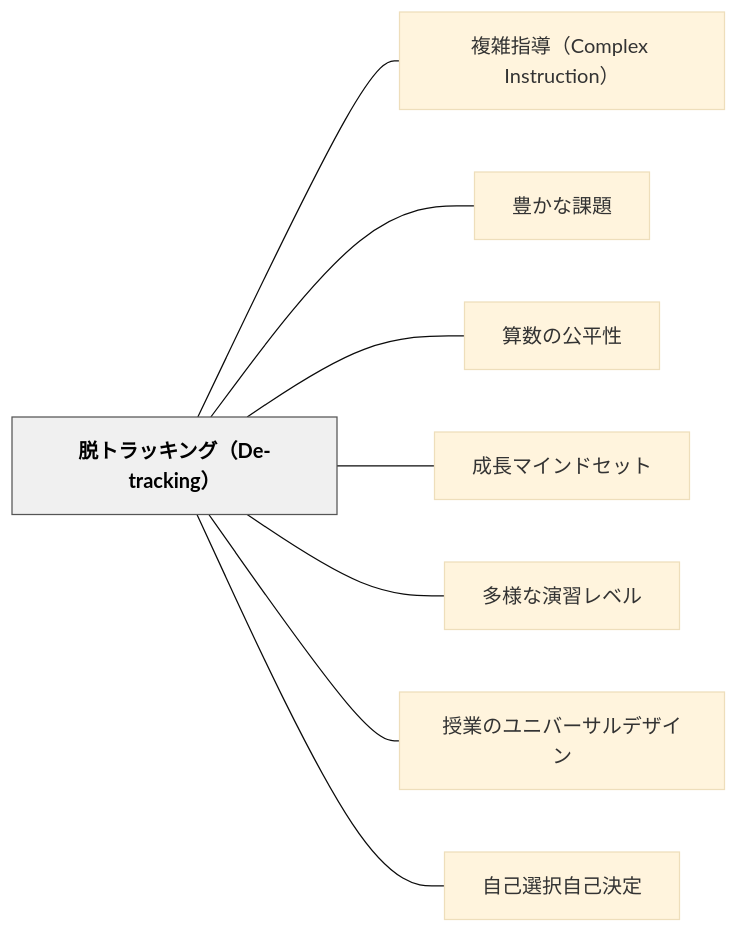
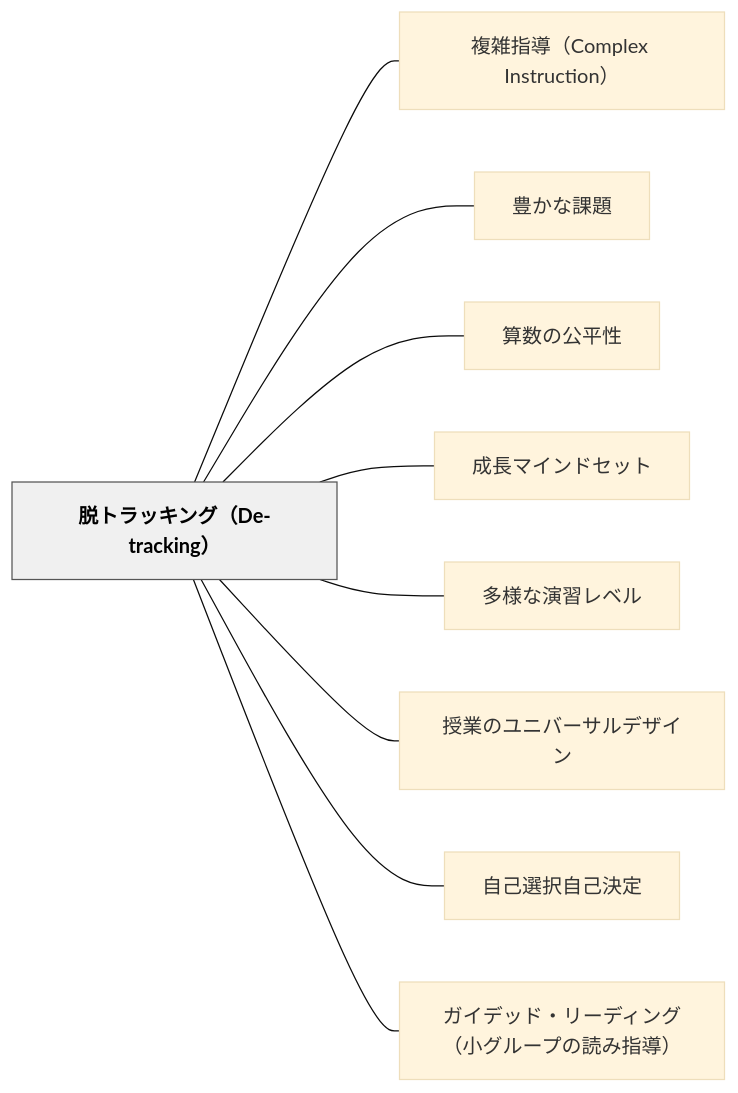
Before and after one commit to unknownthings-ed-patterns/unknownthings-ed-patterns: the diagram in content/パタン/脱トラッキング（De-tracking）.md, drawn with Mermaid (base theme). The commit also changed other lines of this file and 1 other file, not shown here.

Commit message:
auto: Obsidianから同期 2026-06-13 03:02

````diff
--- a/content/パタン/脱トラッキング（De-tracking）.md
+++ b/content/パタン/脱トラッキング（De-tracking）.md
@@ -110,22 +111,24 @@
 ```mermaid
 flowchart LR
     ne884b1e38388e383a9e38383e382ade383b3e382b0efbc8844652d747261636b696e67efbc89["脱トラッキング（De-tracking）"]
     ne8a487e99b91e68c87e5b08eefbc88436f6d706c657820496e737472756374696f6eefbc89["複雑指導（Complex Instruction）"]
     ne8b18ae3818be381aae8aab2e9a18c["豊かな課題"]
     ne7ae97e695b0e381aee585ace5b9b3e680a7["算数の公平性"]
     ne68890e995b7e3839ee382a4e383b3e38389e382bbe38383e38388["成長マインドセット"]
     ne5a49ae6a798e381aae6bc94e7bf92e383ace38399e383ab["多様な演習レベル"]
     ne68e88e6a5ade381aee383a6e3838be38390e383bce382b5e383abe38387e382b6e382a4e383b3["授業のユニバーサルデザイン"]
     ne887aae5b7b1e981b8e68a9ee887aae5b7b1e6b1bae5ae9a["自己選択自己決定"]
+    ne382ace382a4e38387e38383e38389e383bbe383aae383bce38387e382a3e383b3e382b0efbc88e5b08fe382b0e383abe383bce38397e381aee8aaade381bfe68c87e5b08eefbc89["ガイデッド・リーディング（小グループの読み指導）"]
 
     ne884b1e38388e383a9e38383e382ade383b3e382b0efbc8844652d747261636b696e67efbc89 --- ne8a487e99b91e68c87e5b08eefbc88436f6d706c657820496e737472756374696f6eefbc89
     ne884b1e38388e383a9e38383e382ade383b3e382b0efbc8844652d747261636b696e67efbc89 --- ne8b18ae3818be381aae8aab2e9a18c
     ne884b1e38388e383a9e38383e382ade383b3e382b0efbc8844652d747261636b696e67efbc89 --- ne7ae97e695b0e381aee585ace5b9b3e680a7
     ne884b1e38388e383a9e38383e382ade383b3e382b0efbc8844652d747261636b696e67efbc89 --- ne68890e995b7e3839ee382a4e383b3e38389e382bbe38383e38388
     ne884b1e38388e383a9e38383e382ade383b3e382b0efbc8844652d747261636b696e67efbc89 --- ne5a49ae6a798e381aae6bc94e7bf92e383ace38399e383ab
     ne884b1e38388e383a9e38383e382ade383b3e382b0efbc8844652d747261636b696e67efbc89 --- ne68e88e6a5ade381aee383a6e3838be38390e383bce382b5e383abe38387e382b6e382a4e383b3
     ne884b1e38388e383a9e38383e382ade383b3e382b0efbc8844652d747261636b696e67efbc89 --- ne887aae5b7b1e981b8e68a9ee887aae5b7b1e6b1bae5ae9a
+    ne884b1e38388e383a9e38383e382ade383b3e382b0efbc8844652d747261636b696e67efbc89 --- ne382ace382a4e38387e38383e38389e383bbe383aae383bce38387e382a3e383b3e382b0efbc88e5b08fe382b0e383abe383bce38397e381aee8aaade381bfe68c87e5b08eefbc89
 
     classDef hub fill:#f0f0f0,stroke:#555,color:#000,font-weight:bold
     class ne884b1e38388e383a9e38383e382ade383b3e382b0efbc8844652d747261636b696e67efbc89 hub
 ```
````
